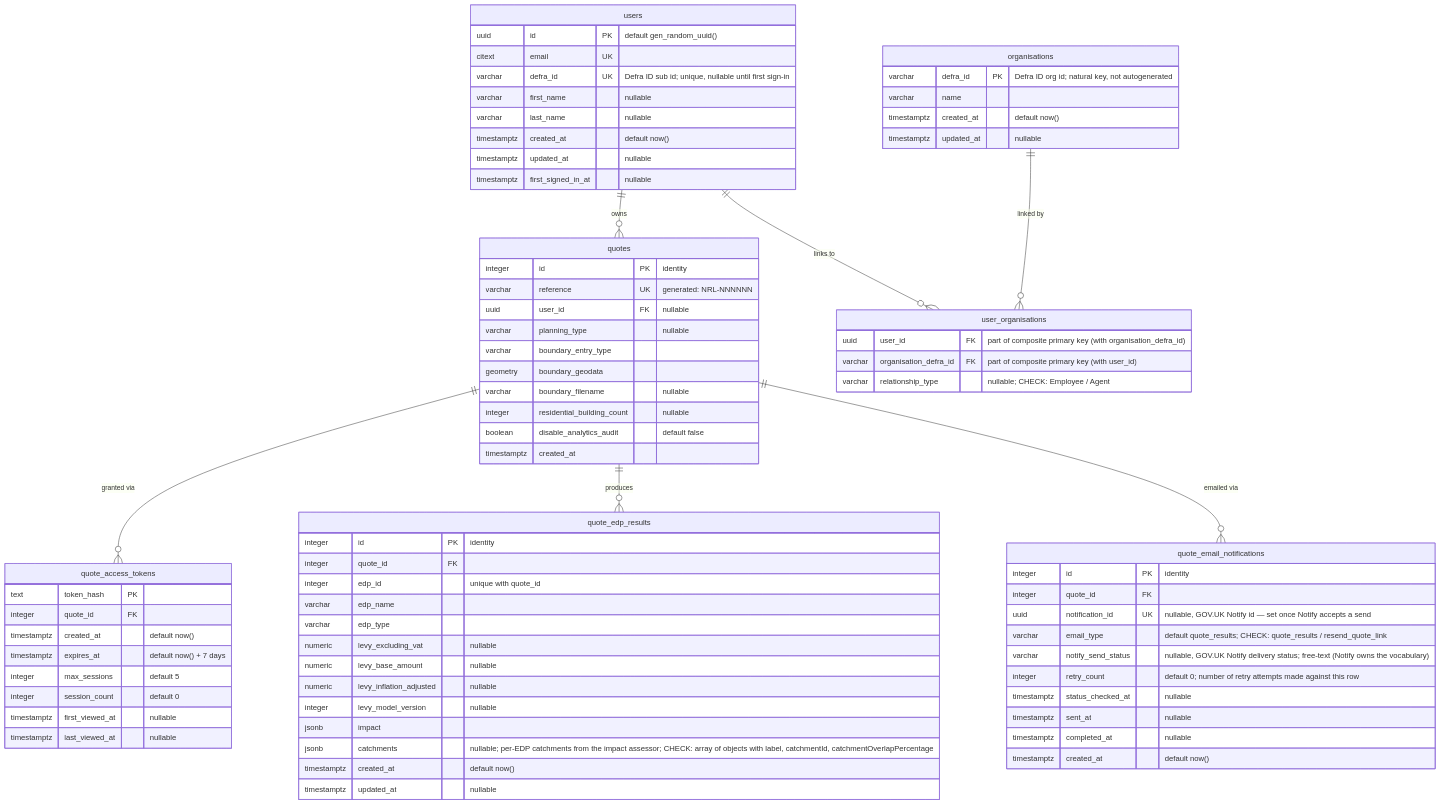
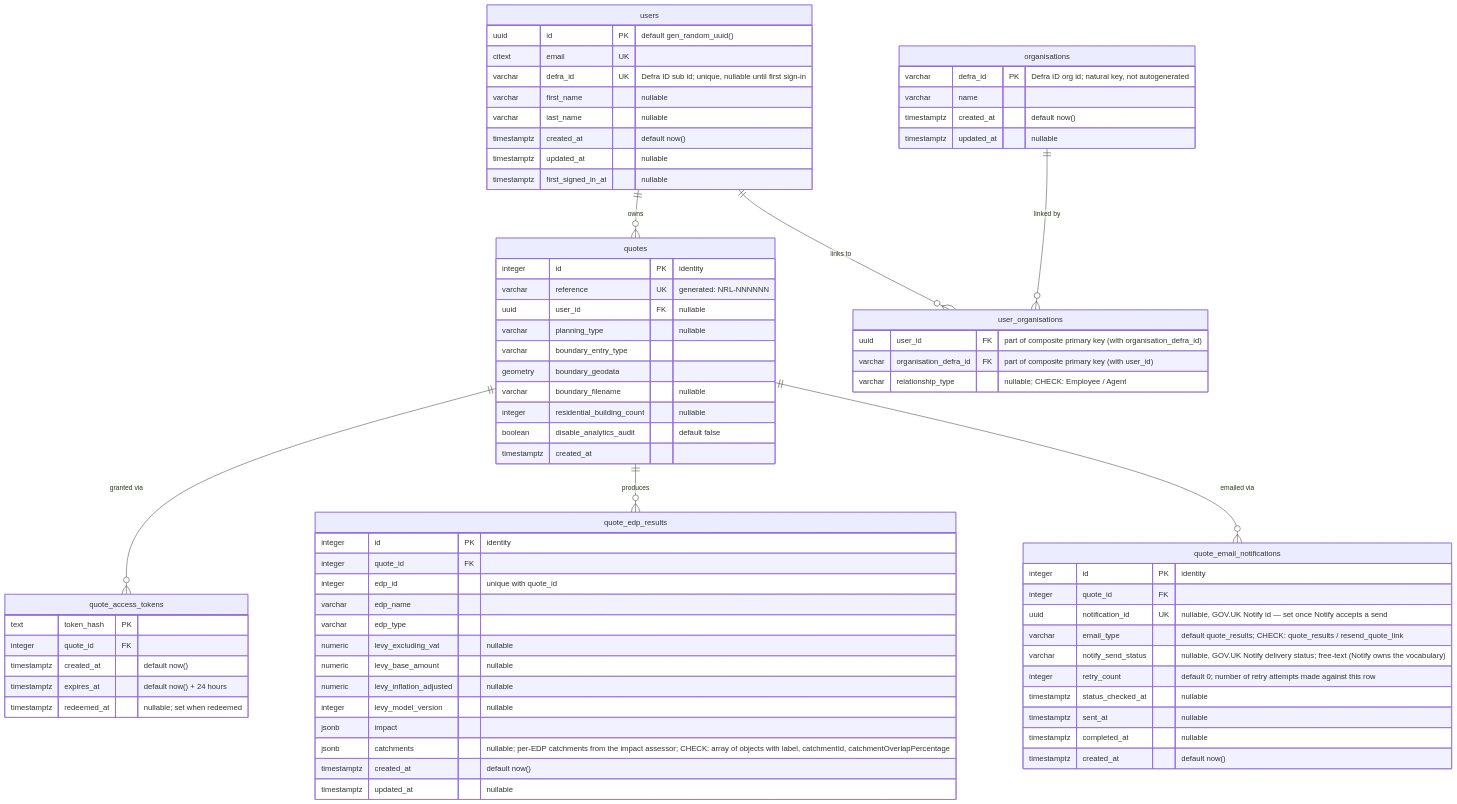
The diagram in docs/quote-database-diagram.md (DEFRA/nrf-backend), drawn with Mermaid before and after one commit. The commit also changed other lines of this file and 19 other files, not shown here.

```diff
--- a/docs/quote-database-diagram.md
+++ b/docs/quote-database-diagram.md
@@ -58,11 +58,8 @@
         text token_hash PK
         integer quote_id FK
         timestamptz created_at "default now()"
-        timestamptz expires_at "default now() + 7 days"
-        integer max_sessions "default 5"
-        integer session_count "default 0"
-        timestamptz first_viewed_at "nullable"
-        timestamptz last_viewed_at "nullable"
+        timestamptz expires_at "default now() + 24 hours"
+        timestamptz redeemed_at "nullable; set when redeemed"
     }
 
     quote_edp_results {
```
